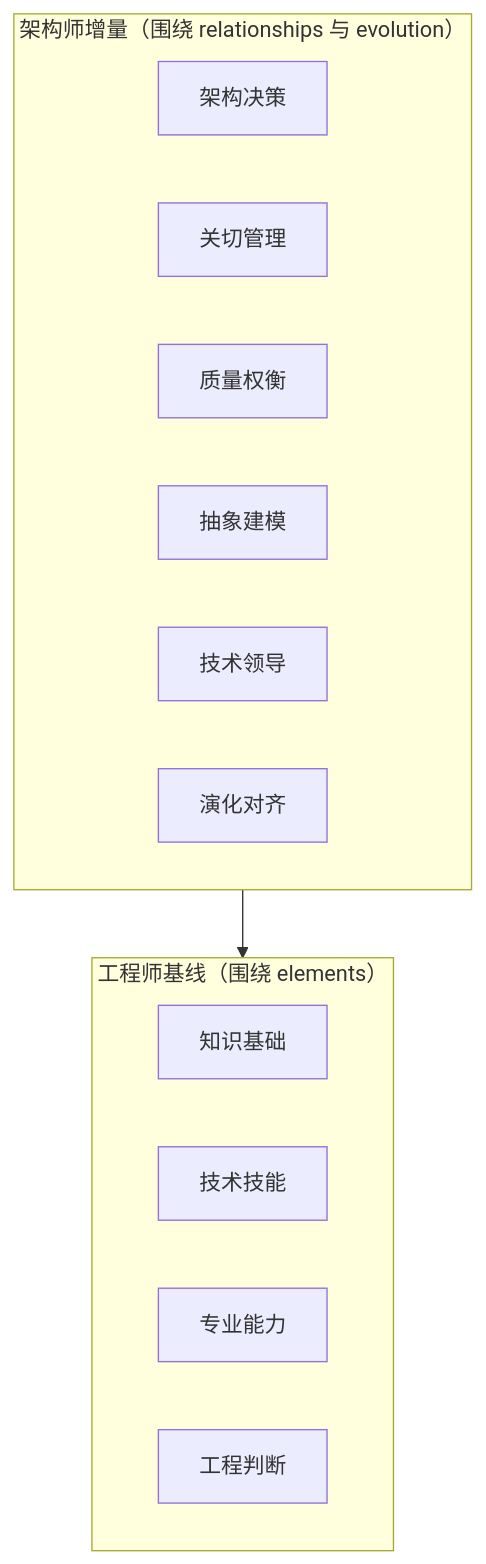
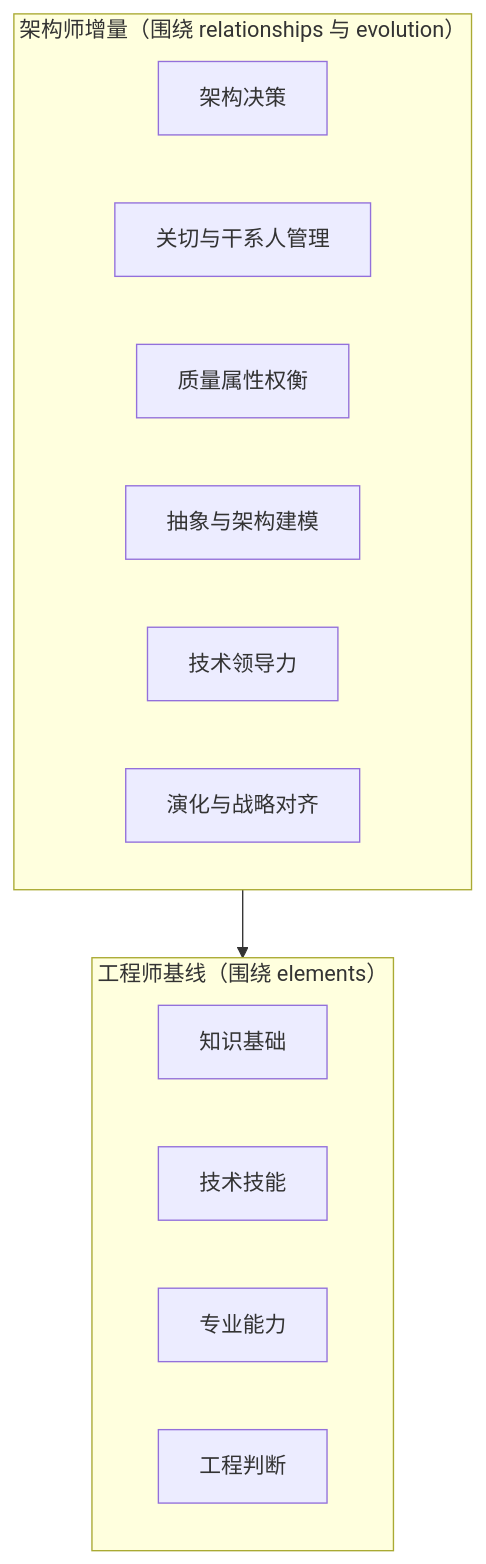
The fourth of 13 diagrams in 50-research/12-工程师与架构师能力精讲-从工程师到CTO.md (Yongjunzhou/AOS-system-design), drawn with Mermaid before and after one commit. The commit also changed other lines of this file, not shown here.

````diff
--- a/50-research/12-工程师与架构师能力精讲-从工程师到CTO.md
+++ b/50-research/12-工程师与架构师能力精讲-从工程师到CTO.md
@@ -162,10 +164,10 @@
 ```mermaid
 flowchart TD
     subgraph ADD["架构师增量（围绕 relationships 与 evolution）"]
-        A1["架构决策"] & A2["关切管理"] & A3["质量权衡"] & A4["抽象建模"] & A5["技术领导"] & A6["演化对齐"]
+        A1["架构决策"] & A2["关切与干系人管理"] & A3["质量属性权衡"] & A4["抽象与架构建模"] & A5["技术领导力"] & A6["演化与战略对齐"]
     end
     subgraph BASE["工程师基线（围绕 elements）"]
         K["知识基础"] & TS["技术技能"] & PA["专业能力"] & J["工程判断"]
     end
     ADD --> BASE
 ```
````
